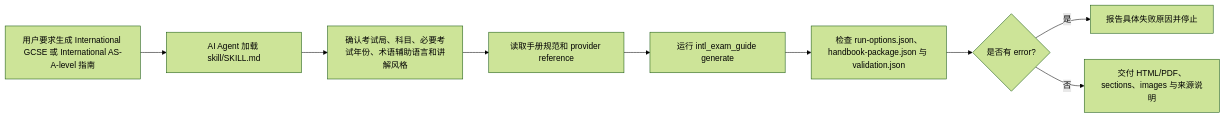
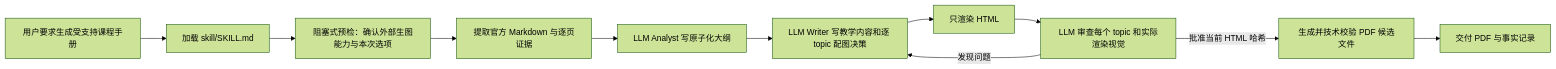
The second of 2 diagrams in docs/SKILL_EXPLAINED.md (mianbaofang/exam-revision-handbook), drawn with Mermaid (forest theme) before and after one commit. The commit also changed other lines of this file and 116 other files, not shown here.

````diff
--- a/docs/SKILL_EXPLAINED.md
+++ b/docs/SKILL_EXPLAINED.md
@@ -81,11 +81,13 @@
 ```mermaid
 flowchart LR
-  A["用户要求生成 International GCSE 或 International AS-A-level 指南"] --> B["AI Agent 加载 skill/SKILL.md"]
-  B --> C["确认考试局、科目、必要考试年份、术语辅助语言和讲解风格"]
-  C --> D["读取手册规范和 provider reference"]
-  D --> E["运行 intl_exam_guide generate"]
-  E --> F["检查 run-options.json、handbook-package.json 与 validation.json"]
-  F --> G{"是否有 error?"}
-  G -->|是| H["报告具体失败原因并停止"]
-  G -->|否| I["交付 HTML/PDF、sections、images 与来源说明"]
+  A["用户要求生成受支持课程手册"] --> B["加载 skill/SKILL.md"]
+  B --> C["阻塞式预检：确认外部生图能力与本次选项"]
+  C --> D["提取官方 Markdown 与逐页证据"]
+  D --> E["LLM Analyst 写原子化大纲"]
+  E --> F["LLM Writer 写教学内容和逐 topic 配图决策"]
+  F --> G["只渲染 HTML"]
+  G --> H["LLM 审查每个 topic 和实际渲染视觉"]
+  H -->|"发现问题"| F
+  H -->|"批准当前 HTML 哈希"| I["生成并技术校验 PDF 候选文件"]
+  I --> J["交付 PDF 与事实记录"]
 ```
````
